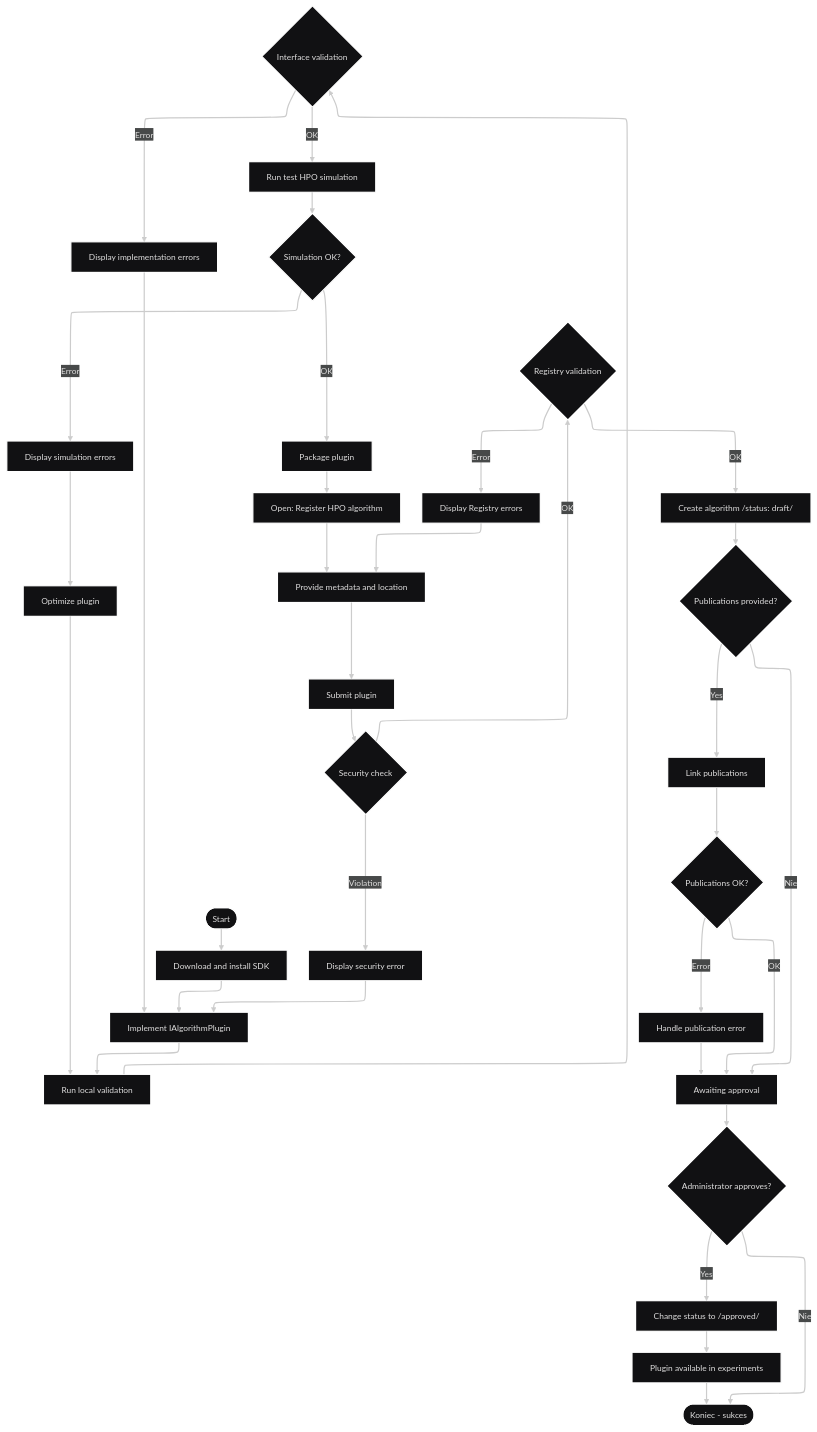
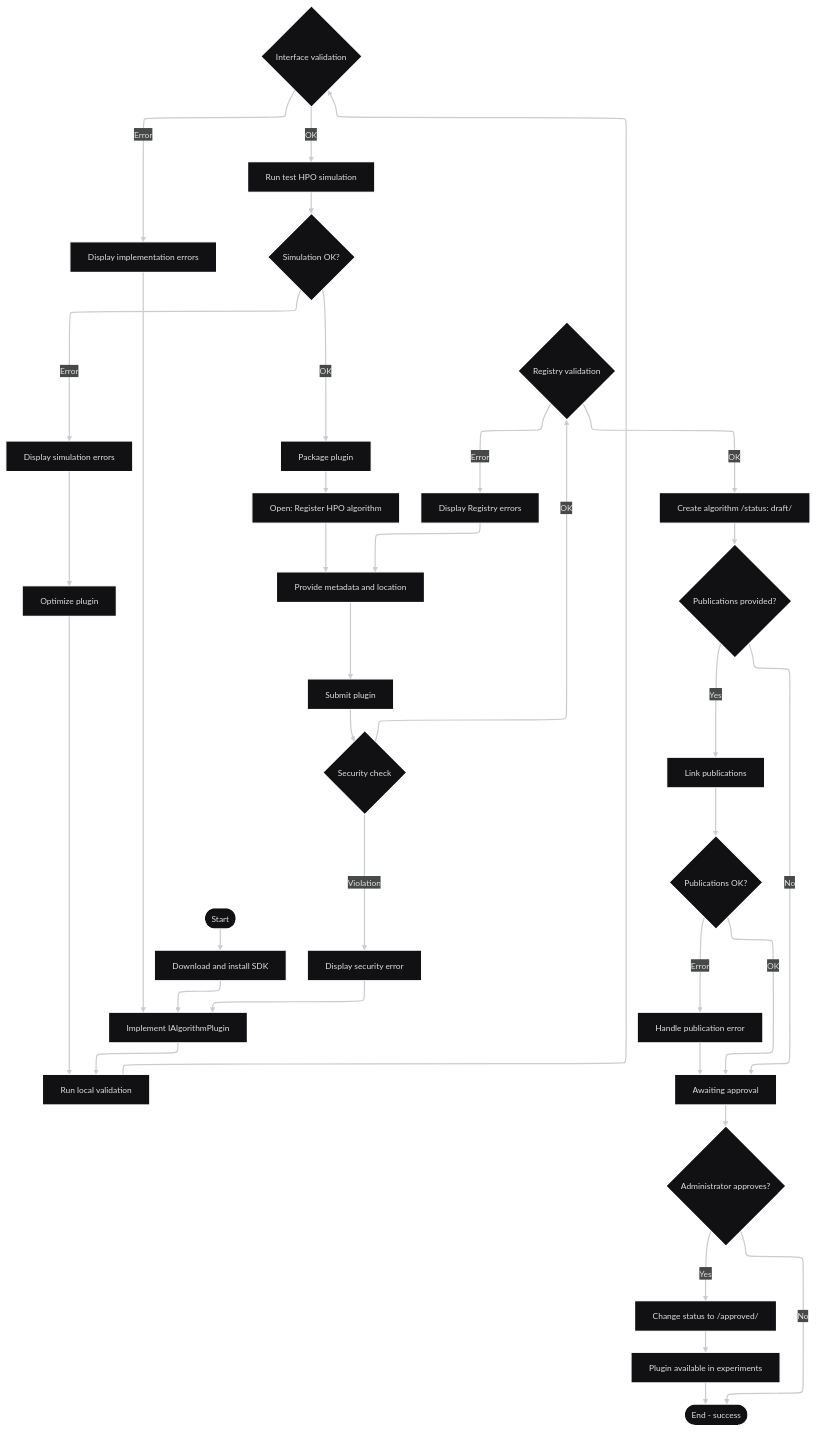
Before and after one commit to jedrzejpolaczek/aviarium.corvidae.corvus_corone: the eighth of 33 diagrams in docs/requirements/use-cases.md, drawn with Mermaid. The commit also changed other lines of this file and 12 other files, not shown here.

````diff
--- a/docs/requirements/use-cases.md
+++ b/docs/requirements/use-cases.md
@@ -389,42 +389,42 @@
 ```mermaid
 ---
 config:
   layout: elk
   theme: redux-dark
 ---
 flowchart TB
     Start(["Start"]) --> InstallSDK["Download and install SDK"]
     InstallSDK --> ImplementPlugin["Implement IAlgorithmPlugin"]
     ImplementPlugin --> RunValidation["Run local validation"]
     RunValidation --> ValidateInterface{"Interface validation"}
     ValidateInterface -- Error --> ShowValidationErrors["Display implementation errors"]
     ShowValidationErrors --> ImplementPlugin
     ValidateInterface -- OK --> RunSimulation["Run test HPO simulation"]
     RunSimulation --> SimulationOK{"Simulation OK?"}
     SimulationOK -- Error --> ShowSimErrors["Display simulation errors"]
     ShowSimErrors --> OptimizePlugin["Optimize plugin"]
     OptimizePlugin --> RunValidation
     SimulationOK -- OK --> PackagePlugin["Package plugin"]
     PackagePlugin --> OpenRegistry["Open: Register HPO algorithm"]
     OpenRegistry --> FillMetadata["Provide metadata and location"]
     FillMetadata --> SubmitPlugin["Submit plugin"]
     SubmitPlugin --> CheckSecurity{"Security check"}
     CheckSecurity -- Violation --> ShowSecurityError["Display security error"]
     ShowSecurityError --> ImplementPlugin
     CheckSecurity -- OK --> ValidateRegistry{"Registry validation"}
     ValidateRegistry -- Error --> ShowRegistryErrors["Display Registry errors"]
     ShowRegistryErrors --> FillMetadata
     ValidateRegistry -- OK --> CreateDraft["Create algorithm /status: draft/"]
     CreateDraft --> CheckDOI{"Publications provided?"}
     CheckDOI -- Yes --> LinkPubs["Link publications"]
     LinkPubs --> PubsOK{"Publications OK?"}
     PubsOK -- Error --> HandlePubError["Handle publication error"]
     HandlePubError --> ApprovalPending["Awaiting approval"]
     PubsOK -- OK --> ApprovalPending
-    CheckDOI -- Nie --> ApprovalPending
+    CheckDOI -- No --> ApprovalPending
     ApprovalPending --> AdminApproval{"Administrator approves?"}
     AdminApproval -- Yes --> ChangeStatus["Change status to /approved/"]
-    AdminApproval -- Nie --> End(["Koniec - sukces"])
+    AdminApproval -- No --> End(["End - success"])
     ChangeStatus --> Available["Plugin available in experiments"]
     Available --> End
 ```
````
